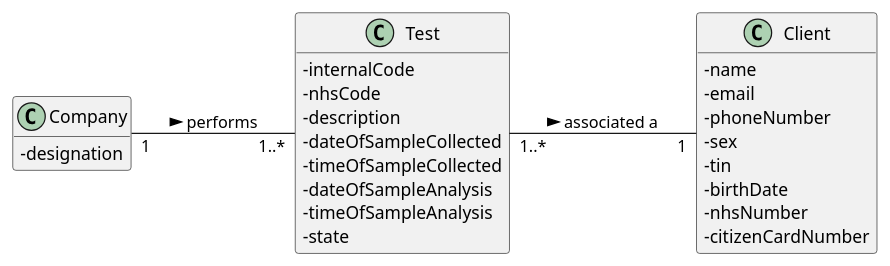
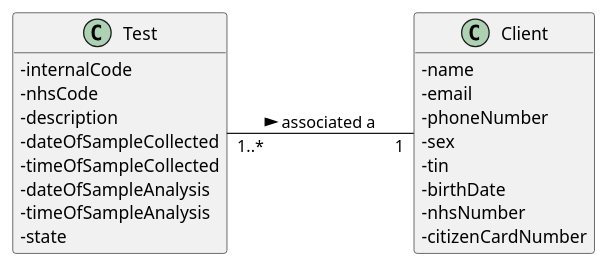
The diagram in docs/SprintD/US1/US1_MD.puml (manu-07-ela/LAPR2_ISEP), drawn with PlantUML before and after one commit. The commit also changed 7 other files, not shown here.

```diff
--- a/docs/SprintD/US1/US1_MD.puml
+++ b/docs/SprintD/US1/US1_MD.puml
@@ -1,39 +1,33 @@
 @startuml
 hide methods
 left to right direction
 skinparam classAttributeIconSize 0
 
-
-class Company {
-  -designation
-}
 
 class Test {
 -internalCode
 -nhsCode
 -description
 -dateOfSampleCollected
 -timeOfSampleCollected
 -dateOfSampleAnalysis
 -timeOfSampleAnalysis
 -state
 }
 
 class Client {
    - name
    - email
    - phoneNumber
    - sex
    - tin
    - birthDate
    - nhsNumber
    - citizenCardNumber
 }
 
-
-Company "1" -- "1..*" Test : performs >
 Test "1..*" -- "1" Client : associated a >
 
 
 
 @enduml
```
